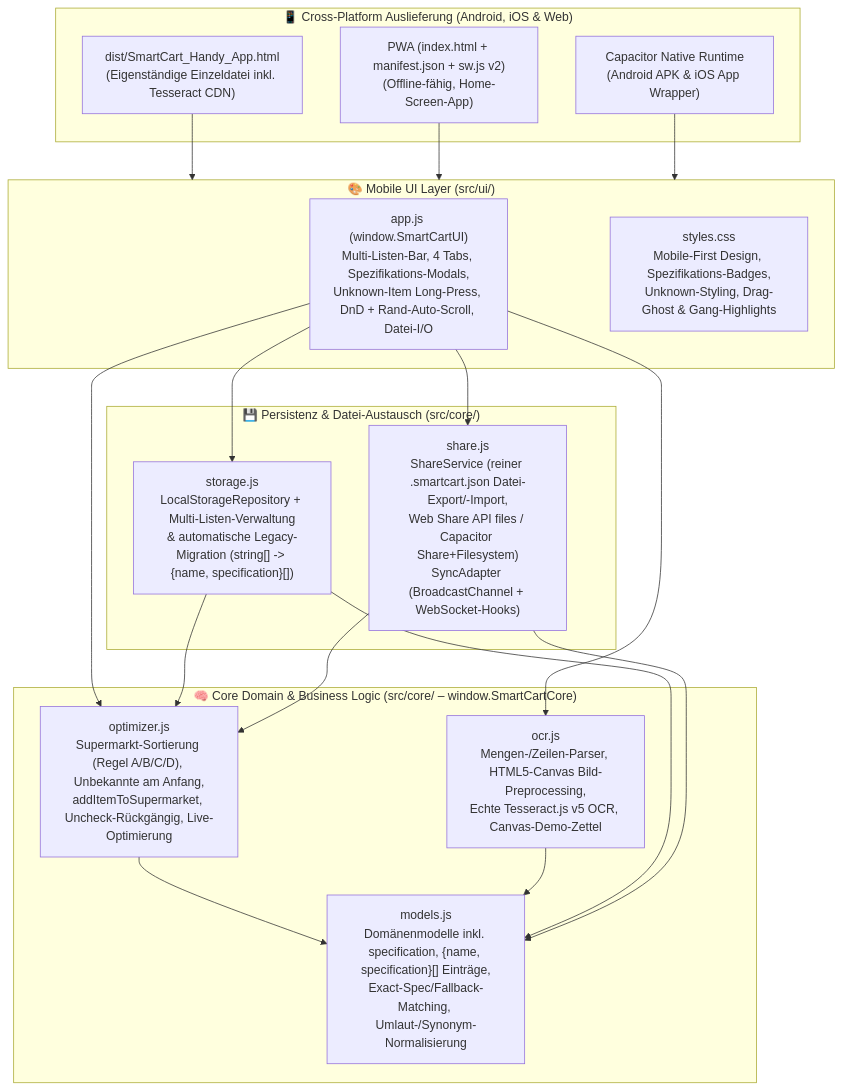
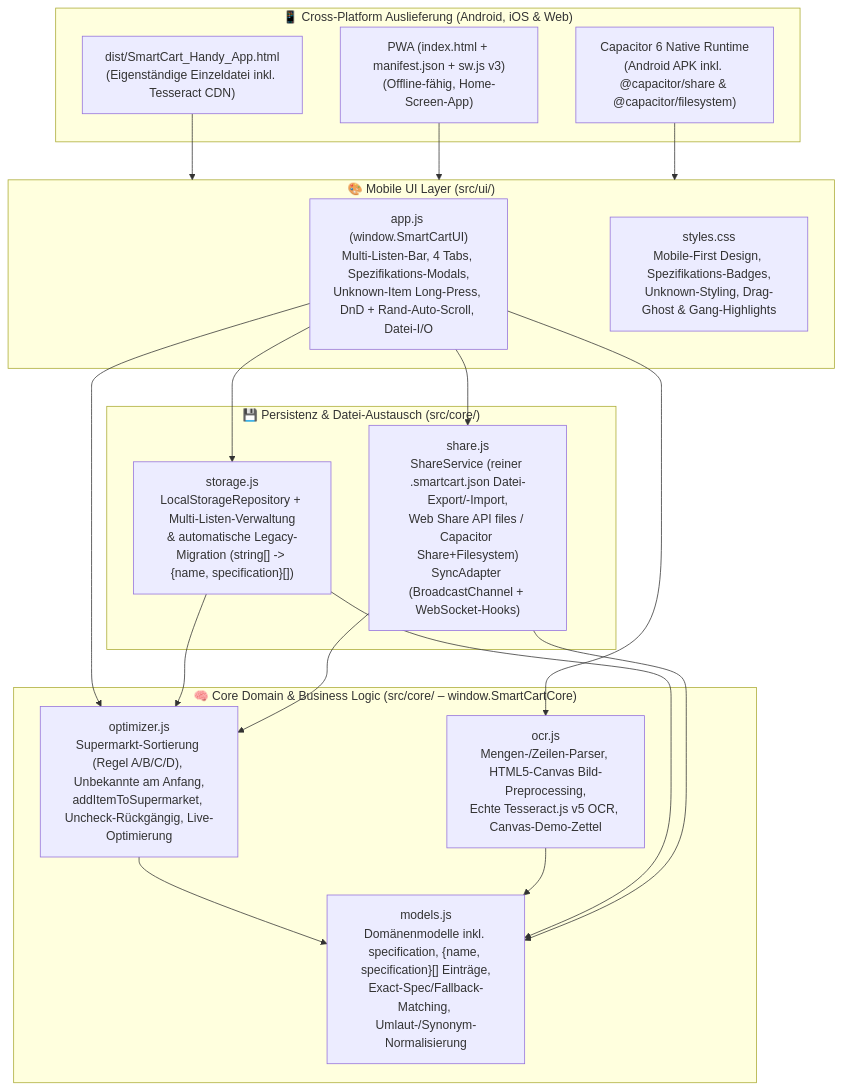
One commit to SunamTH/HandyEinkauf changed the first of 3 diagrams in docs/ARCHITEKTUR_UND_DOKUMENTATION.md. Above: the diagram before and after it, drawn with Mermaid. The commit also changed other lines of this file and 11 other files, not shown here.

First line of the commit message:
fix(v1.1.1): native Android Capacitor Share & Filesystem plugins for file export/sharing

````diff
--- a/docs/ARCHITEKTUR_UND_DOKUMENTATION.md
+++ b/docs/ARCHITEKTUR_UND_DOKUMENTATION.md
@@ -43,39 +43,39 @@
 ```mermaid
 flowchart TB
     subgraph CrossPlatform["📱 Cross-Platform Auslieferung (Android, iOS & Web)"]
         Standalone["dist/SmartCart_Handy_App.html<br/>(Eigenständige Einzeldatei inkl. Tesseract CDN)"]
-        PWA["PWA (index.html + manifest.json + sw.js v2)<br/>(Offline-fähig, Home-Screen-App)"]
-        Capacitor["Capacitor Native Runtime<br/>(Android APK & iOS App Wrapper)"]
+        PWA["PWA (index.html + manifest.json + sw.js v3)<br/>(Offline-fähig, Home-Screen-App)"]
+        Capacitor["Capacitor 6 Native Runtime<br/>(Android APK inkl. @capacitor/share & @capacitor/filesystem)"]
     end
 
     subgraph UILayer["🎨 Mobile UI Layer (src/ui/)"]
         AppJS["app.js (window.SmartCartUI)<br/>Multi-Listen-Bar, 4 Tabs, Spezifikations-Modals,<br/>Unknown-Item Long-Press, DnD + Rand-Auto-Scroll, Datei-I/O"]
         StylesCSS["styles.css<br/>Mobile-First Design, Spezifikations-Badges,<br/>Unknown-Styling, Drag-Ghost & Gang-Highlights"]
     end
 
     subgraph CoreLayer["🧠 Core Domain & Business Logic (src/core/ – window.SmartCartCore)"]
         Models["models.js<br/>Domänenmodelle inkl. specification, {name, specification}[] Einträge,<br/>Exact-Spec/Fallback-Matching, Umlaut-/Synonym-Normalisierung"]
         Optimizer["optimizer.js<br/>Supermarkt-Sortierung (Regel A/B/C/D), Unbekannte am Anfang,<br/>addItemToSupermarket, Uncheck-Rückgängig, Live-Optimierung"]
         OCR["ocr.js<br/>Mengen-/Zeilen-Parser, HTML5-Canvas Bild-Preprocessing,<br/>Echte Tesseract.js v5 OCR, Canvas-Demo-Zettel"]
     end
 
     subgraph InfraLayer["💾 Persistenz & Datei-Austausch (src/core/)"]
         Storage["storage.js<br/>LocalStorageRepository + Multi-Listen-Verwaltung<br/>& automatische Legacy-Migration (string[] -> {name, specification}[])"]
         Share["share.js<br/>ShareService (reiner .smartcart.json Datei-Export/-Import,<br/>Web Share API files / Capacitor Share+Filesystem)<br/>SyncAdapter (BroadcastChannel + WebSocket-Hooks)"]
     end
 
     Standalone --> UILayer
     PWA --> UILayer
     Capacitor --> UILayer
 
     AppJS --> Optimizer
     AppJS --> OCR
     AppJS --> Storage
     AppJS --> Share
     Optimizer --> Models
     OCR --> Models
     Storage --> Models
     Storage --> Optimizer
     Share --> Models
     Share --> Optimizer
 ```
````
